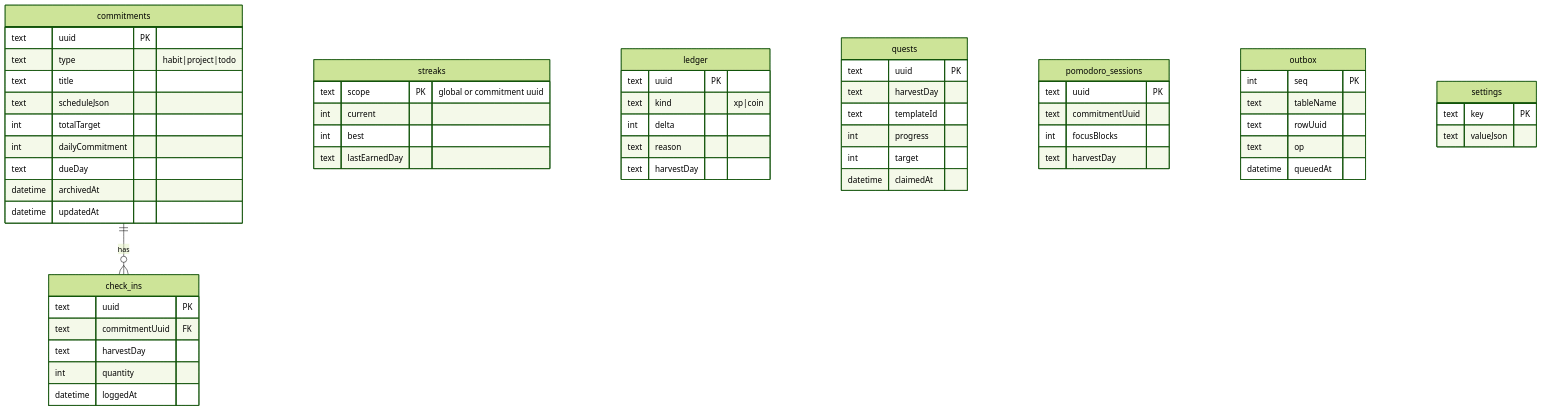
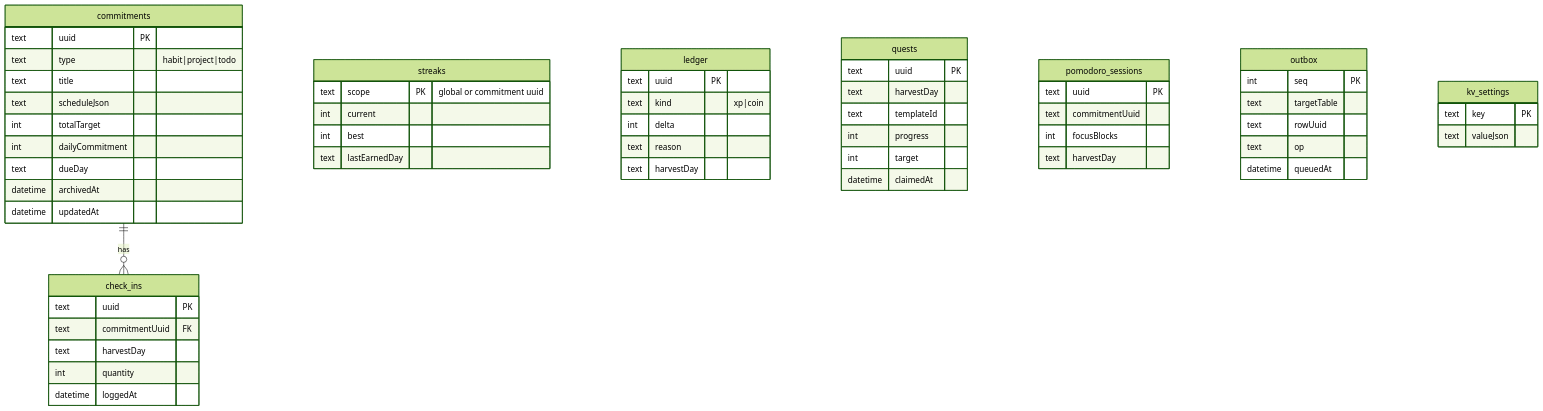
The diagram in docs/02-Architecture/Local-Database.md (ABakdi/Harvest), drawn with Mermaid (forest theme) before and after one commit. The commit also changed other lines of this file and 20 other files, not shown here.

````diff
--- a/docs/02-Architecture/Local-Database.md
+++ b/docs/02-Architecture/Local-Database.md
@@ -13,60 +13,60 @@
 ```mermaid
 erDiagram
     commitments ||--o{ check_ins : has
     commitments {
         text uuid PK
         text type "habit|project|todo"
         text title
         text scheduleJson
         int totalTarget
         int dailyCommitment
         text dueDay
         datetime archivedAt
         datetime updatedAt
     }
     check_ins {
         text uuid PK
         text commitmentUuid FK
         text harvestDay
         int quantity
         datetime loggedAt
     }
     streaks {
         text scope PK "global or commitment uuid"
         int current
         int best
         text lastEarnedDay
     }
     ledger {
         text uuid PK
         text kind "xp|coin"
         int delta
         text reason
         text harvestDay
     }
     quests {
         text uuid PK
         text harvestDay
         text templateId
         int progress
         int target
         datetime claimedAt
     }
     pomodoro_sessions {
         text uuid PK
         text commitmentUuid
         int focusBlocks
         text harvestDay
     }
     outbox {
         int seq PK
-        text tableName
+        text targetTable
         text rowUuid
         text op
         datetime queuedAt
     }
-    settings {
+    kv_settings {
         text key PK
         text valueJson
     }
 ```
````
